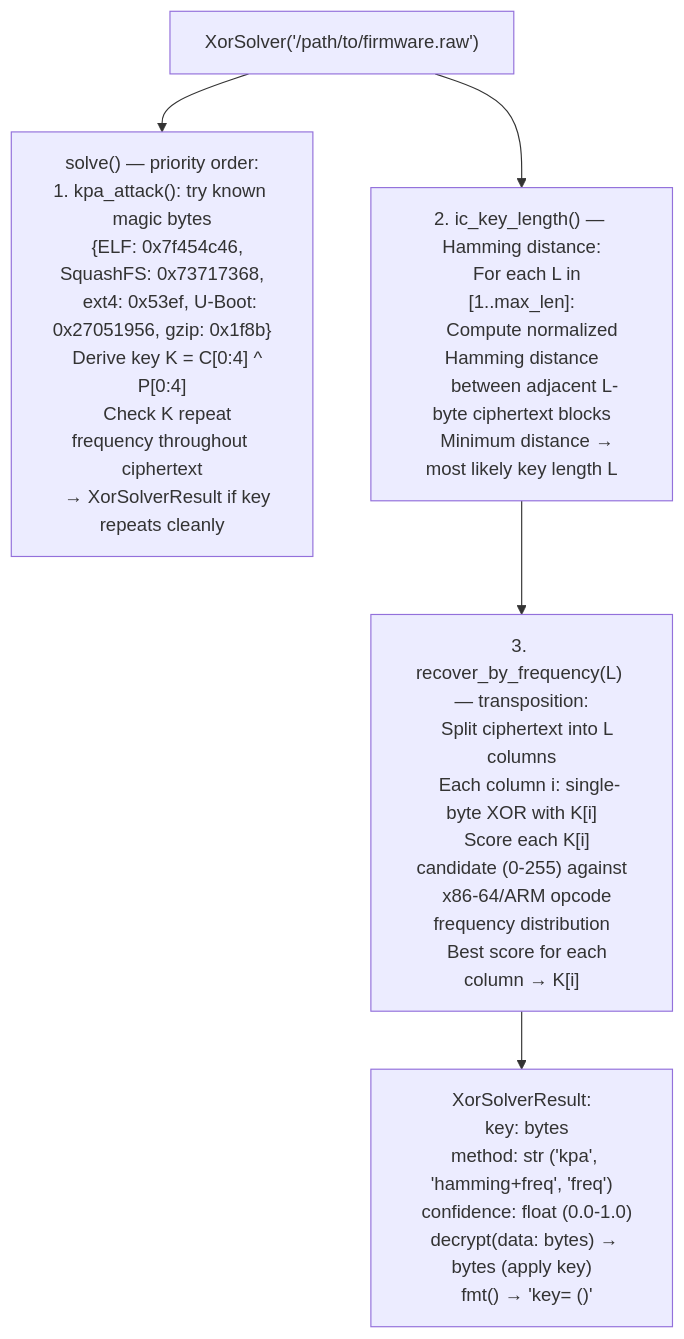
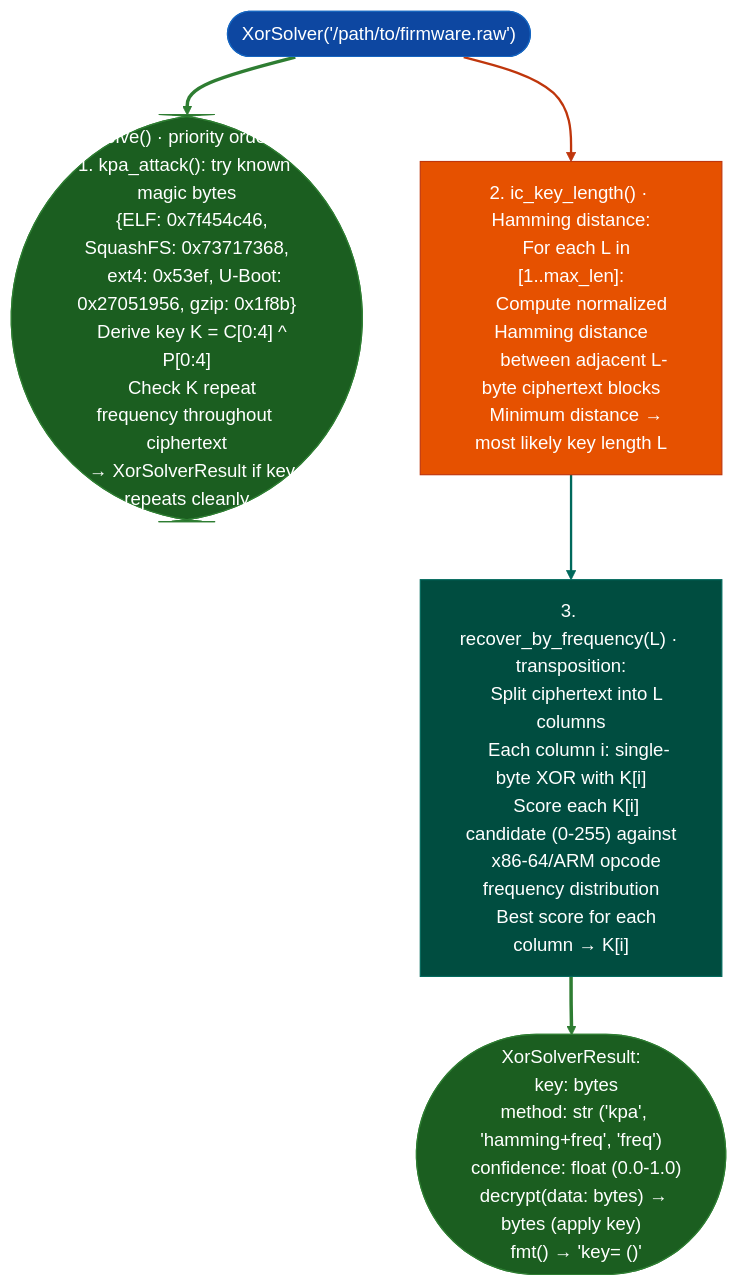
The diagram in docs/reference-modules/repeating-xor-key-recovery.md (Ablation-Tool/ablation), drawn with Mermaid before and after one commit. The commit also changed 320 other files, not shown here.

First line of the commit message:
docs: apply canonical Mermaid template to all 321 diagrams

````diff
--- a/docs/reference-modules/repeating-xor-key-recovery.md
+++ b/docs/reference-modules/repeating-xor-key-recovery.md
@@ -19,7 +19,17 @@
 ```mermaid
 flowchart TD
-    A["XorSolver('/path/to/firmware.raw')"] --> B["solve() — priority order:\n1. kpa_attack(): try known magic bytes\n   {ELF: 0x7f454c46, SquashFS: 0x73717368,\n    ext4: 0x53ef, U-Boot: 0x27051956, gzip: 0x1f8b}\n   Derive key K = C[0:4] ^ P[0:4]\n   Check K repeat frequency throughout ciphertext\n   → XorSolverResult if key repeats cleanly"]
-    A --> C["2. ic_key_length() — Hamming distance:\n   For each L in [1..max_len]:\n     Compute normalized Hamming distance\n     between adjacent L-byte ciphertext blocks\n   Minimum distance → most likely key length L"]
-    C --> D["3. recover_by_frequency(L) — transposition:\n   Split ciphertext into L columns\n   Each column i: single-byte XOR with K[i]\n   Score each K[i] candidate (0-255) against\n   x86-64/ARM opcode frequency distribution\n   Best score for each column → K[i]"]
-    D --> E["XorSolverResult:\n  key: bytes\n  method: str ('kpa', 'hamming+freq', 'freq')\n  confidence: float (0.0-1.0)\n  decrypt(data: bytes) → bytes (apply key)\n  fmt() → 'key=<hex> (<ascii_repr>)'"]
+    A(["XorSolver('/path/to/firmware.raw')"]):::input --> B(["solve() · priority order:\n1. kpa_attack(): try known magic bytes\n   {ELF: 0x7f454c46, SquashFS: 0x73717368,\n    ext4: 0x53ef, U-Boot: 0x27051956, gzip: 0x1f8b}\n   Derive key K = C[0:4] ^ P[0:4]\n   Check K repeat frequency throughout ciphertext\n   → XorSolverResult if key repeats cleanly"]):::output
+    A:::input --> C["2. ic_key_length() · Hamming distance:\n   For each L in [1..max_len]:\n     Compute normalized Hamming distance\n     between adjacent L-byte ciphertext blocks\n   Minimum distance → most likely key length L"]:::primary
+    C:::primary --> D["3. recover_by_frequency(L) · transposition:\n   Split ciphertext into L columns\n   Each column i: single-byte XOR with K[i]\n   Score each K[i] candidate (0-255) against\n   x86-64/ARM opcode frequency distribution\n   Best score for each column → K[i]"]:::secondary
+    D:::secondary --> E(["XorSolverResult:\n  key: bytes\n  method: str ('kpa', 'hamming+freq', 'freq')\n  confidence: float (0.0-1.0)\n  decrypt(data: bytes) → bytes (apply key)\n  fmt() → 'key=<hex> (<ascii_repr>)'"]):::output
+    classDef input     fill:#0d47a1,stroke:#1565c0,color:#fff
+    classDef primary   fill:#e65100,stroke:#bf360c,color:#fff
+    classDef secondary fill:#004d40,stroke:#00695c,color:#fff
+    classDef tertiary  fill:#4a148c,stroke:#6a1b9a,color:#fff
+    classDef neutral   fill:#37474f,stroke:#546e7a,color:#fff
+    classDef output    fill:#1b5e20,stroke:#2e7d32,color:#fff
+    linkStyle 0 stroke:#2e7d32,stroke-width:3px
+    linkStyle 1 stroke:#bf360c,stroke-width:2px
+    linkStyle 2 stroke:#00695c,stroke-width:2px
+    linkStyle 3 stroke:#2e7d32,stroke-width:3px
 ```
````
